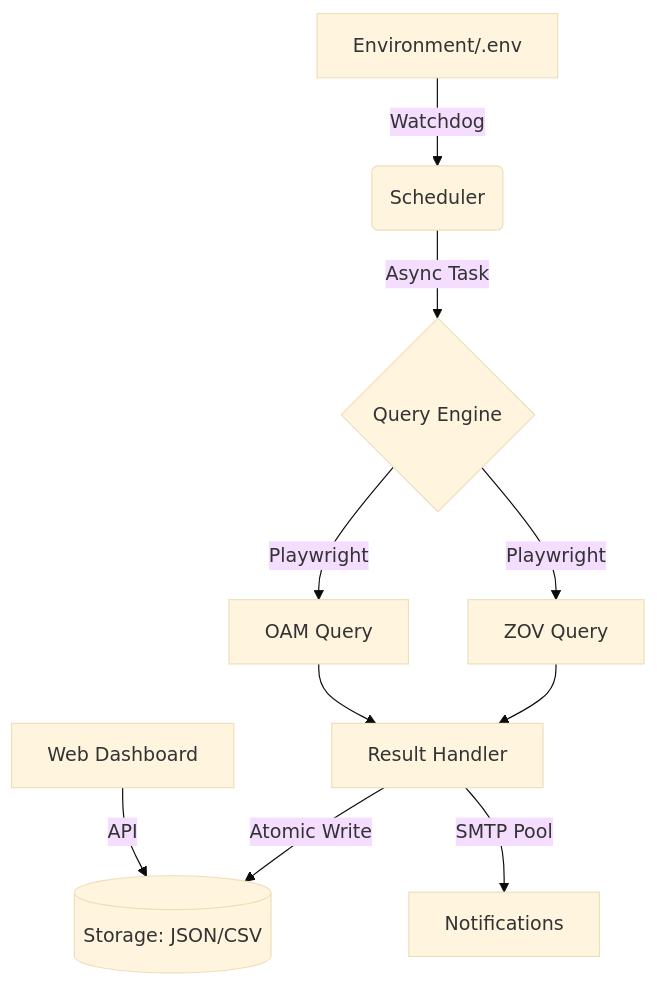
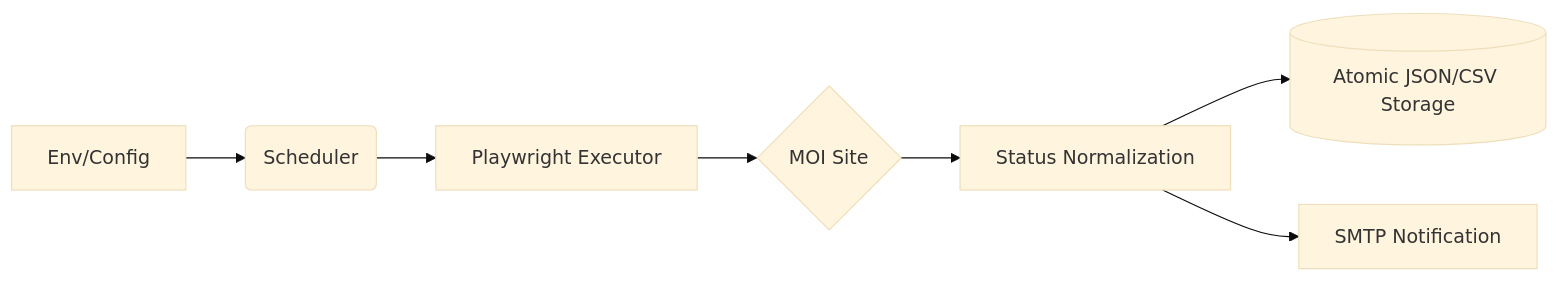
The first of 2 diagrams in README.md (yuanweize/Czech-Visa-Application-Status-Check), drawn with Mermaid (base theme) before and after one commit. The commit also changed other lines of this file, not shown here.

````diff
--- a/README.md
+++ b/README.md
@@ -39,11 +94,9 @@
 ```mermaid
-graph TD
-    A[Environment/.env] -->|Watchdog| B(Scheduler)
-    B -->|Async Task| C{Query Engine}
-    C -->|Playwright| D[ZOV Query]
-    C -->|Playwright| E[OAM Query]
-    D & E --> F[Result Handler]
-    F -->|Atomic Write| G[(Storage: JSON/CSV)]
-    F -->|SMTP Pool| H[Notifications]
-    I[Web Dashboard] -->|API| G
+graph LR
+    A[Env/Config] --> B(Scheduler)
+    B --> C[Playwright Executor]
+    C --> D{MOI Site}
+    D --> E[Status Normalization]
+    E --> F[(Atomic JSON/CSV Storage)]
+    E --> G[SMTP Notification]
 ```
````
